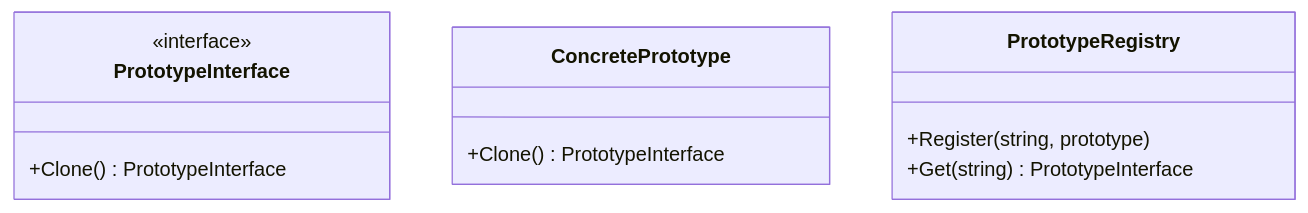
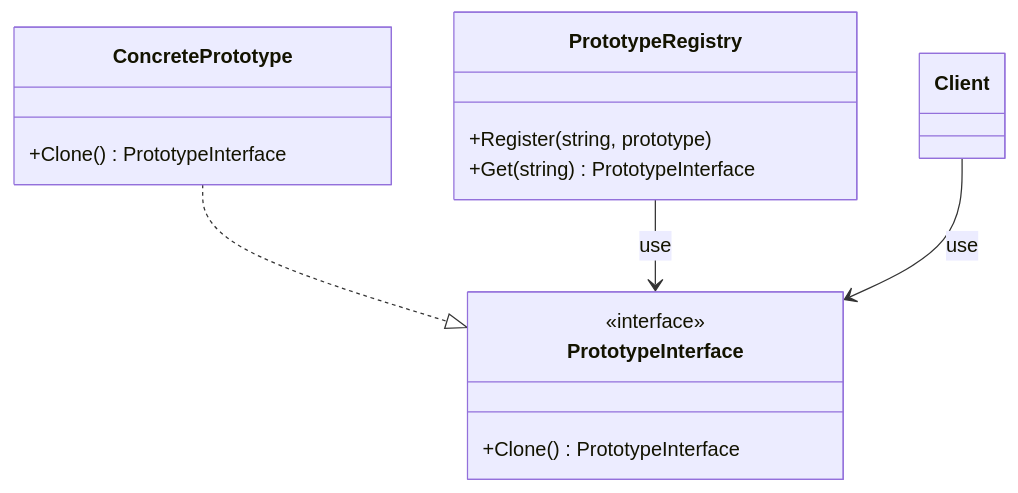
Before and after one commit to ganyariya/design_pattern: the diagram in Prototype/README.md, drawn with Mermaid.

Commit message:
:memo: prototype

````diff
--- a/Prototype/README.md
+++ b/Prototype/README.md
@@ -23,16 +23,20 @@
 ```mermaid
 classDiagram
     class PrototypeInterface {
         +Clone() PrototypeInterface
     }
     <<interface>> PrototypeInterface
 
     class ConcretePrototype {
         +Clone() PrototypeInterface
     }
 
     class PrototypeRegistry {
         +Register(string, prototype)
         +Get(string) PrototypeInterface
     }
+
+    ConcretePrototype ..|> PrototypeInterface
+    PrototypeRegistry --> PrototypeInterface : use
+    Client --> PrototypeInterface : use
 ```
````
